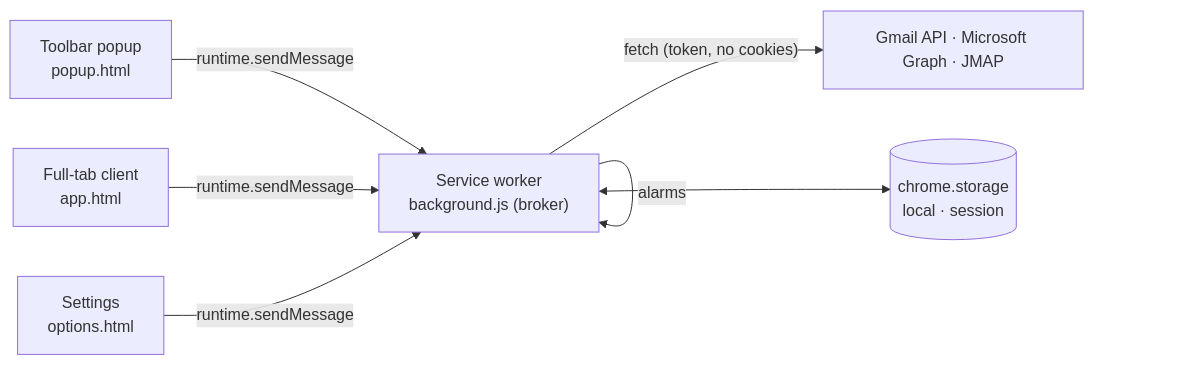
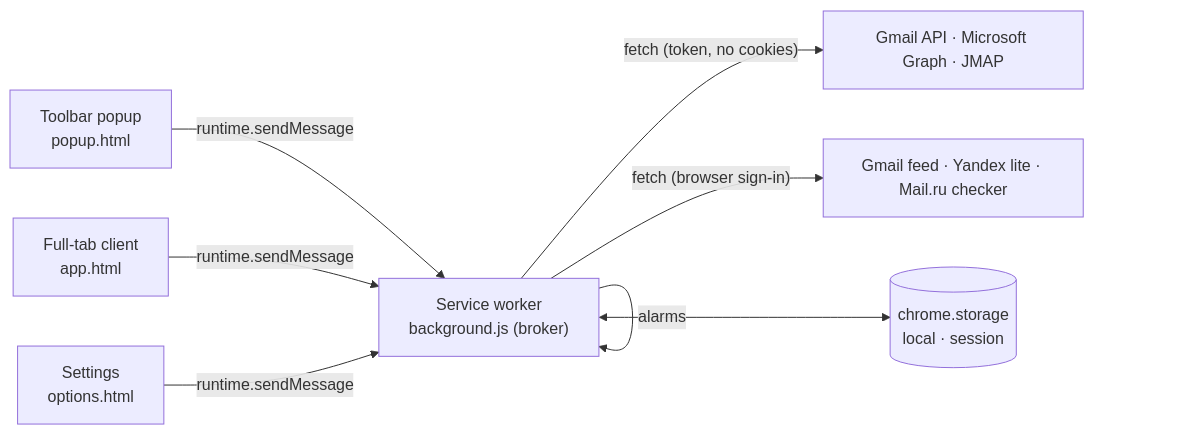
One commit to ziqq/mailchecker changed the diagram in docs/ARCHITECTURE.md. Above: the diagram before and after it, drawn with Mermaid. The commit also changed other lines of this file and 20 other files, not shown here.

First line of the commit message:
Read Gmail, Yandex Mail and Mail.ru through the browser's sign-in

````diff
--- a/docs/ARCHITECTURE.md
+++ b/docs/ARCHITECTURE.md
@@ -5,9 +5,10 @@
 ```mermaid
 flowchart LR
   popup["Toolbar popup<br/>popup.html"] -- "runtime.sendMessage" --> worker["Service worker<br/>background.js (broker)"]
   tab["Full-tab client<br/>app.html"] -- "runtime.sendMessage" --> worker
   settings["Settings<br/>options.html"] -- "runtime.sendMessage" --> worker
   worker -- "fetch (token, no cookies)" --> api["Gmail API · Microsoft Graph · JMAP"]
+  worker -- "fetch (browser sign-in)" --> web["Gmail feed · Yandex lite · Mail.ru checker"]
   worker <--> storage[("chrome.storage<br/>local · session")]
   worker -- "alarms" --> worker
 ```
````
